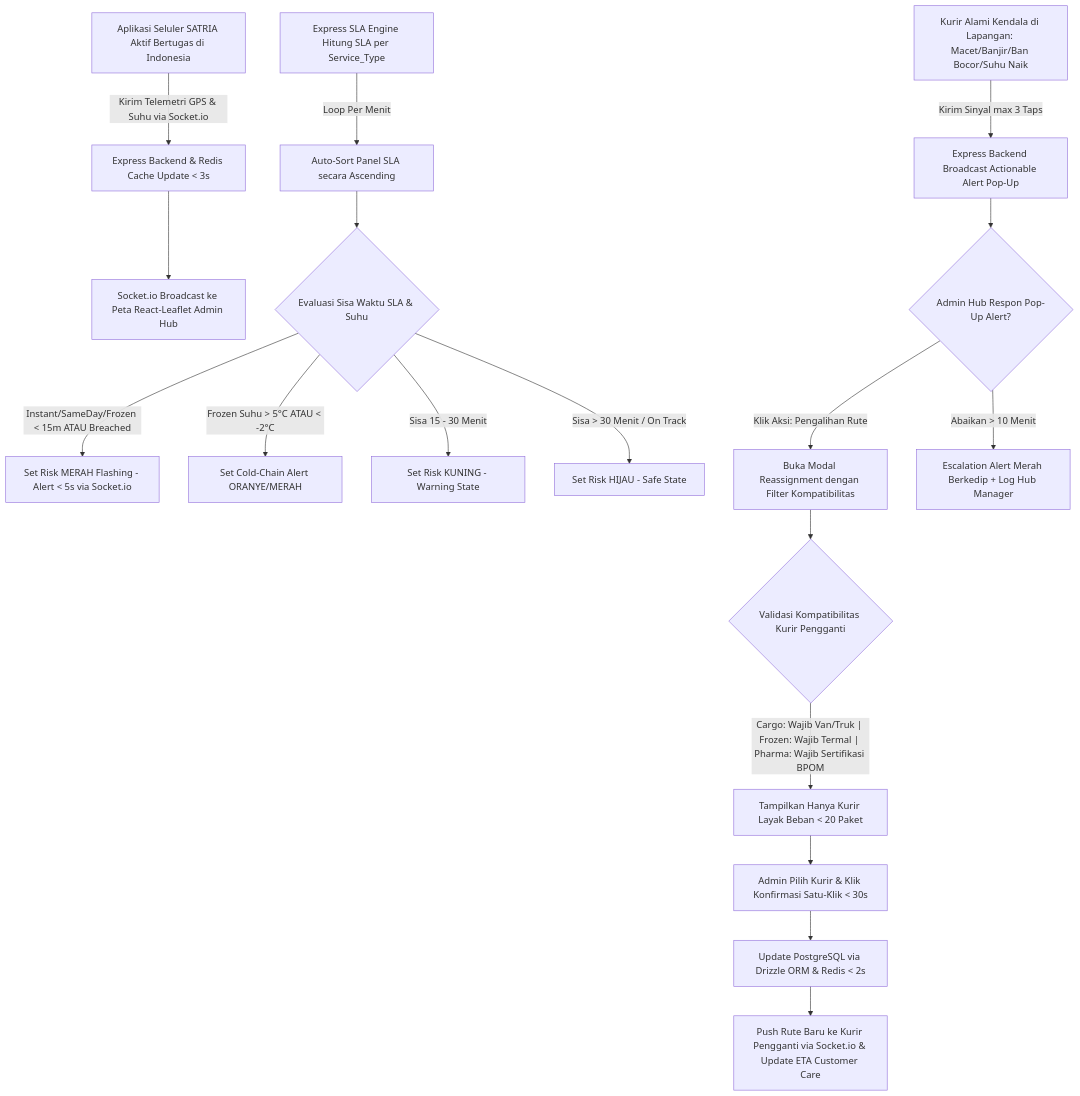
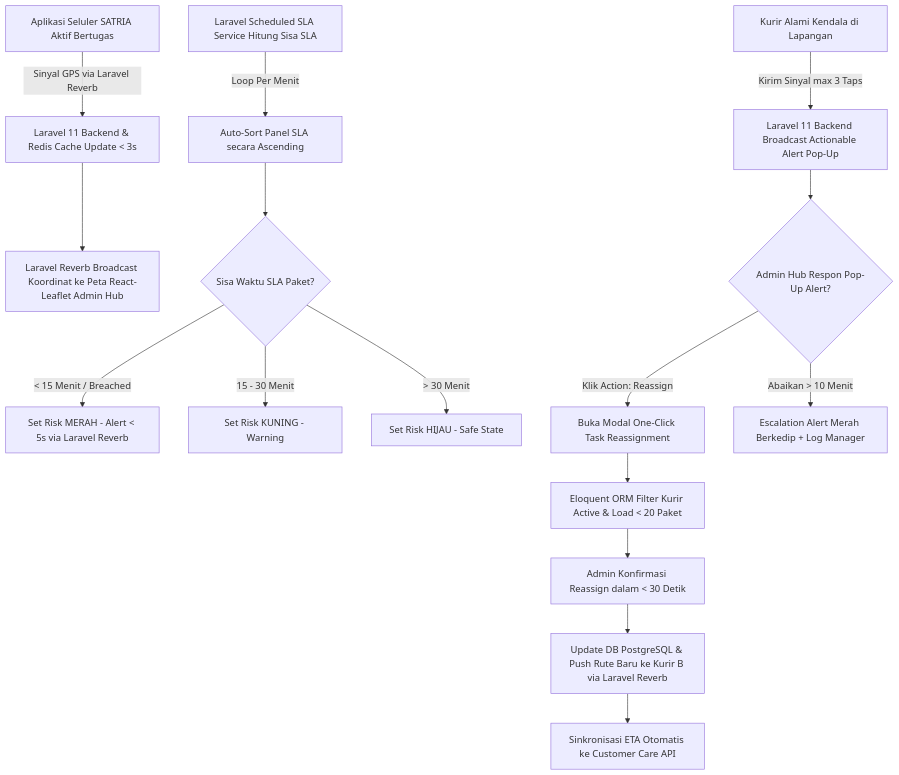
One commit to Ampasan/anteraja-capstone-naufalrakanramadhan changed the diagram in docs/FRD-00-courier-admin-mini-panel.md. Above: the diagram before and after it, drawn with Mermaid. The commit also changed other lines of this file and 26 other files, not shown here.

Commit message:
feat: add UI design assets, also update PRD/FRD and replace the backend with Laravel.

````diff
--- a/docs/FRD-00-courier-admin-mini-panel.md
+++ b/docs/FRD-00-courier-admin-mini-panel.md
@@ -43,23 +30,21 @@
 ```mermaid
 graph TD
-    A[Aplikasi Seluler SATRIA Aktif Bertugas di Indonesia] -->|Kirim Telemetri GPS & Suhu via Socket.io| B[Express Backend & Redis Cache Update < 3s]
-    B --> C[Socket.io Broadcast ke Peta React-Leaflet Admin Hub]
+    A[Aplikasi Seluler SATRIA Aktif Bertugas] -->|Sinyal GPS via Laravel Reverb| B[Laravel 11 Backend & Redis Cache Update < 3s]
+    B --> C[Laravel Reverb Broadcast Koordinat ke Peta React-Leaflet Admin Hub]
     
-    D[Express SLA Engine Hitung SLA per Service_Type] -->|Loop Per Menit| E[Auto-Sort Panel SLA secara Ascending]
-    E --> F{Evaluasi Sisa Waktu SLA & Suhu}
-    F -- "Instant/SameDay/Frozen < 15m ATAU Breached" --> G[Set Risk MERAH Flashing - Alert < 5s via Socket.io]
-    F -- "Frozen Suhu > 5°C ATAU < -2°C" --> G2[Set Cold-Chain Alert ORANYE/MERAH]
-    F -- "Sisa 15 - 30 Menit" --> H[Set Risk KUNING - Warning State]
-    F -- "Sisa > 30 Menit / On Track" --> I[Set Risk HIJAU - Safe State]
+    D[Laravel Scheduled SLA Service Hitung Sisa SLA] -->|Loop Per Menit| E[Auto-Sort Panel SLA secara Ascending]
+    E --> F{Sisa Waktu SLA Paket?}
+    F -- "< 15 Menit / Breached" --> G[Set Risk MERAH - Alert < 5s via Laravel Reverb]
+    F -- "15 - 30 Menit" --> H[Set Risk KUNING - Warning]
+    F -- "> 30 Menit" --> I[Set Risk HIJAU - Safe State]
     
-    J[Kurir Alami Kendala di Lapangan: Macet/Banjir/Ban Bocor/Suhu Naik] -->|Kirim Sinyal max 3 Taps| K[Express Backend Broadcast Actionable Alert Pop-Up]
+    J[Kurir Alami Kendala di Lapangan] -->|Kirim Sinyal max 3 Taps| K[Laravel 11 Backend Broadcast Actionable Alert Pop-Up]
     K --> L{Admin Hub Respon Pop-Up Alert?}
-    L -- "Klik Aksi: Pengalihan Rute" --> M[Buka Modal Reassignment dengan Filter Kompatibilitas]
-    L -- "Abaikan > 10 Menit" --> N[Escalation Alert Merah Berkedip + Log Hub Manager]
+    L -- "Klik Action: Reassign" --> M[Buka Modal One-Click Task Reassignment]
+    L -- "Abaikan > 10 Menit" --> N[Escalation Alert Merah Berkedip + Log Manager]
     
-    M --> O{Validasi Kompatibilitas Kurir Pengganti}
-    O -- "Cargo: Wajib Van/Truk | Frozen: Wajib Termal | Pharma: Wajib Sertifikasi BPOM" --> P[Tampilkan Hanya Kurir Layak Beban < 20 Paket]
-    P --> Q[Admin Pilih Kurir & Klik Konfirmasi Satu-Klik < 30s]
-    Q --> R[Update PostgreSQL via Drizzle ORM & Redis < 2s]
-    R --> S[Push Rute Baru ke Kurir Pengganti via Socket.io & Update ETA Customer Care]
+    M --> O[Eloquent ORM Filter Kurir Active & Load < 20 Paket]
+    O --> P[Admin Konfirmasi Reassign dalam < 30 Detik]
+    P --> Q[Update DB PostgreSQL & Push Rute Baru ke Kurir B via Laravel Reverb]
+    Q --> R[Sinkronisasi ETA Otomatis ke Customer Care API]
 ```
````
